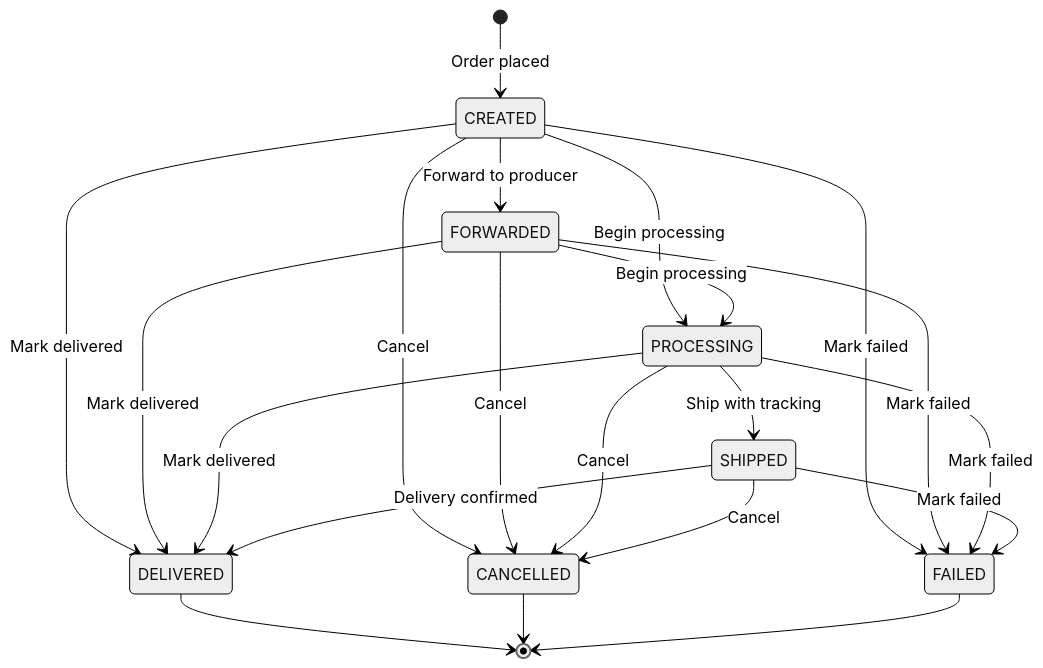
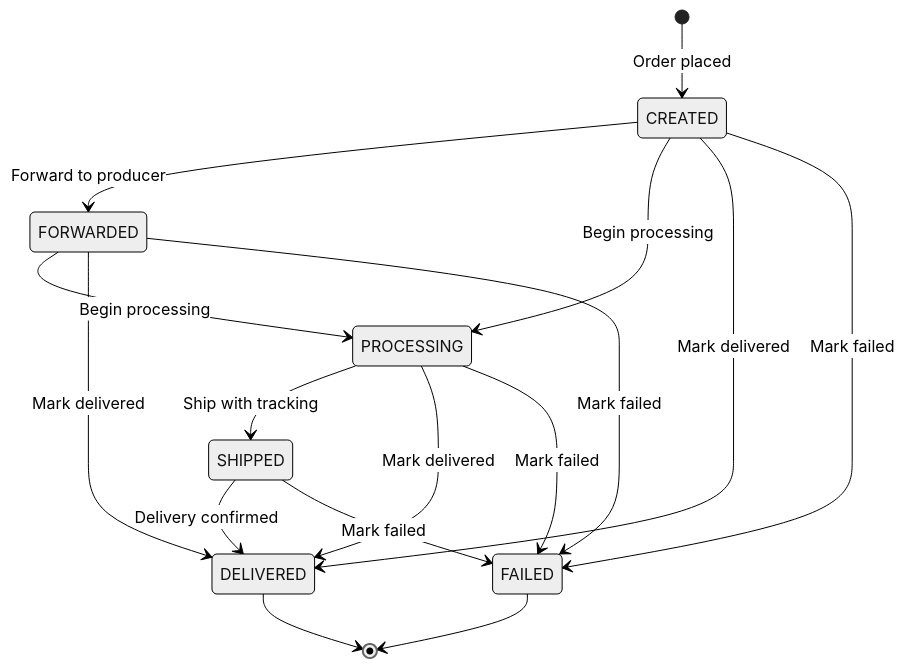
Before and after one commit to LikeTik-Development/LikeTik-Backend-Supplier-Docs: the diagram in src/content/docs/06-order-fulfillment.md, drawn with Mermaid (neutral theme). The commit also changed other lines of this file and 2 other files, not shown here.

````diff
--- a/src/content/docs/06-order-fulfillment.md
+++ b/src/content/docs/06-order-fulfillment.md
@@ -76,23 +76,18 @@
 ```mermaid
 stateDiagram-v2
     [*] --> CREATED : Order placed
     CREATED --> FORWARDED : Forward to producer
     CREATED --> PROCESSING : Begin processing
     FORWARDED --> PROCESSING : Begin processing
     PROCESSING --> SHIPPED : Ship with tracking
     CREATED --> DELIVERED : Mark delivered
     FORWARDED --> DELIVERED : Mark delivered
     PROCESSING --> DELIVERED : Mark delivered
     SHIPPED --> DELIVERED : Delivery confirmed
-    CREATED --> CANCELLED : Cancel
-    FORWARDED --> CANCELLED : Cancel
-    PROCESSING --> CANCELLED : Cancel
-    SHIPPED --> CANCELLED : Cancel
     CREATED --> FAILED : Mark failed
     FORWARDED --> FAILED : Mark failed
     PROCESSING --> FAILED : Mark failed
     SHIPPED --> FAILED : Mark failed
     DELIVERED --> [*]
-    CANCELLED --> [*]
     FAILED --> [*]
 ```
````
